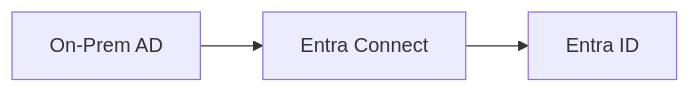
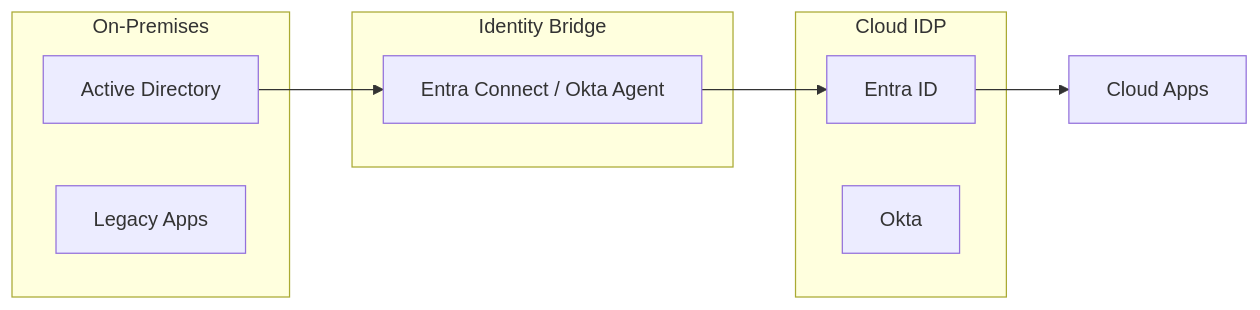
One commit to Devopstrio/identity-governance-framework changed the second of 30 diagrams in README.md. Above: the diagram before and after it, drawn with Mermaid. The commit also changed other lines of this file, not shown here.

Commit message:
docs: finalize premium institutional-grade README with 30+ diagrams and executive summary

````diff
--- a/README.md
+++ b/README.md
@@ -35,5 +89,17 @@
 ```mermaid
 graph LR
-    AD[On-Prem AD] --> Connect[Entra Connect]
-    Connect --> Entra[Entra ID]
+    subgraph "On-Premises"
+        AD[Active Directory]
+        LDAP[Legacy Apps]
+    end
+    subgraph "Identity Bridge"
+        Connect[Entra Connect / Okta Agent]
+    end
+    subgraph "Cloud IDP"
+        Entra[Entra ID]
+        Okta[Okta]
+    end
+    AD --> Connect
+    Connect --> Entra
+    Entra --> SaaS[Cloud Apps]
 ```
````
